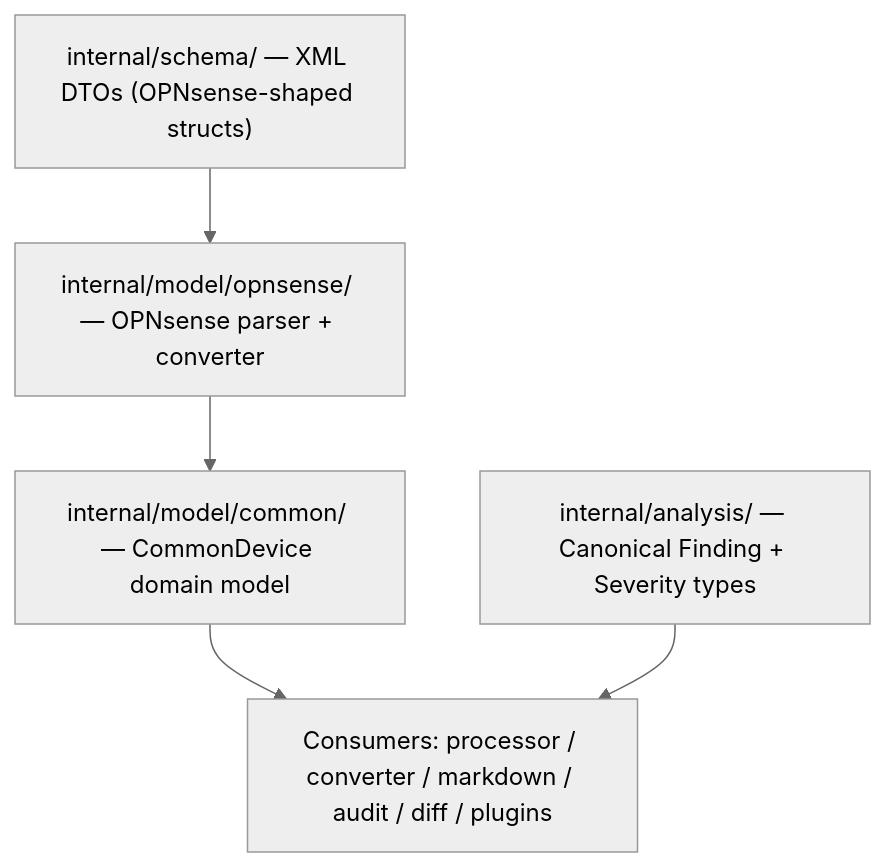
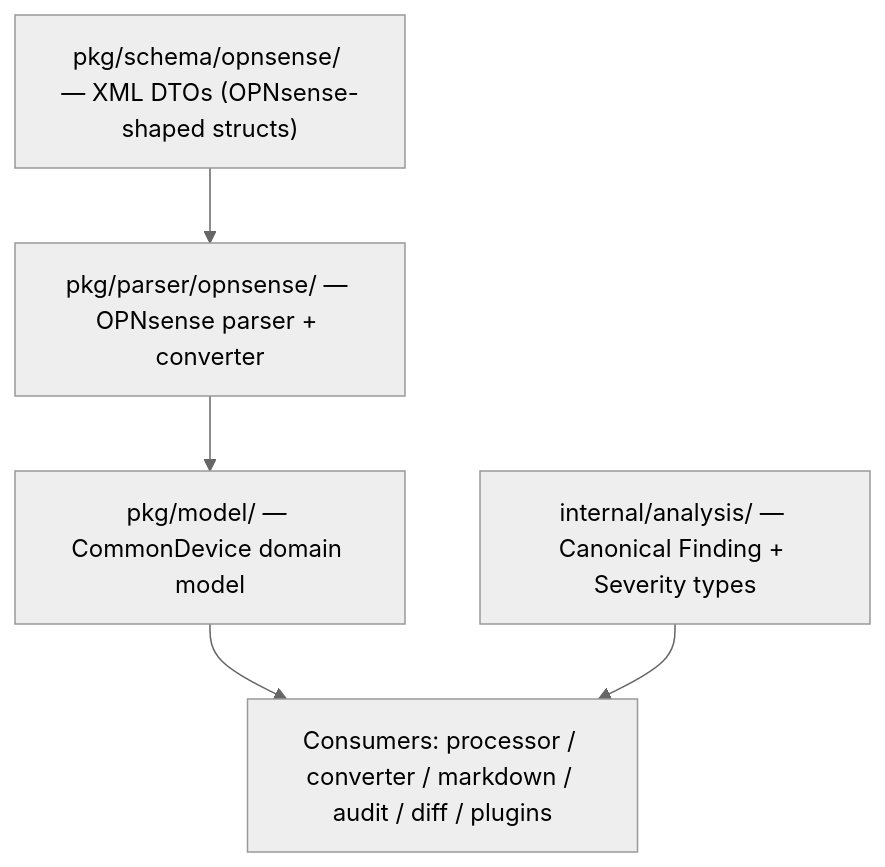
The second of 11 diagrams in docs/development/architecture.md (EvilBit-Labs/opnDossier), drawn with Mermaid (neutral theme) before and after one commit. The commit also changed other lines of this file and 5 other files, not shown here.

Commit message:
refactor: update documentation to reflect changes in parser and model package structure

````diff
--- a/docs/development/architecture.md
+++ b/docs/development/architecture.md
@@ -174,13 +174,13 @@
 ```mermaid
 graph TD
-    A["internal/schema/ — XML DTOs (OPNsense-shaped structs)"]
-    B["internal/model/opnsense/ — OPNsense parser + converter"]
-    C["internal/model/common/ — CommonDevice domain model"]
+    A["pkg/schema/opnsense/ — XML DTOs (OPNsense-shaped structs)"]
+    B["pkg/parser/opnsense/ — OPNsense parser + converter"]
+    C["pkg/model/ — CommonDevice domain model"]
     D["internal/analysis/ — Canonical Finding + Severity types"]
     E["Consumers: processor / converter / markdown / audit / diff / plugins"]
 
     A --> B
     B --> C
     C --> E
     D --> E
 ```
````
